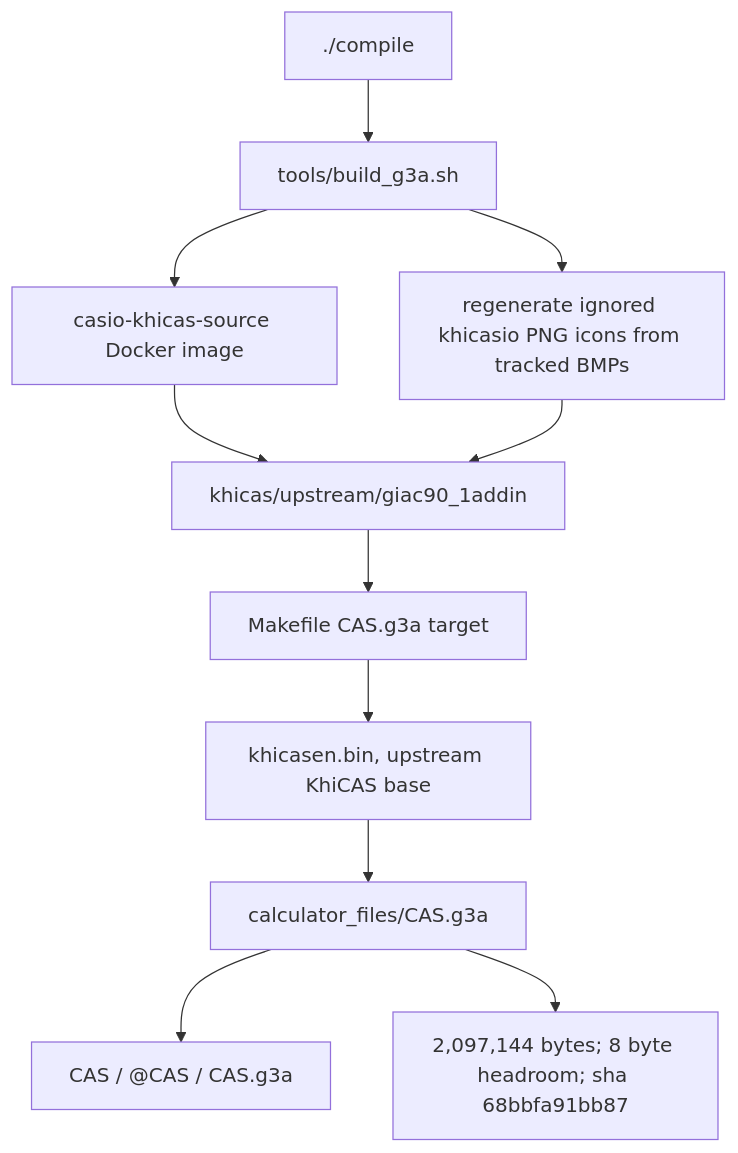
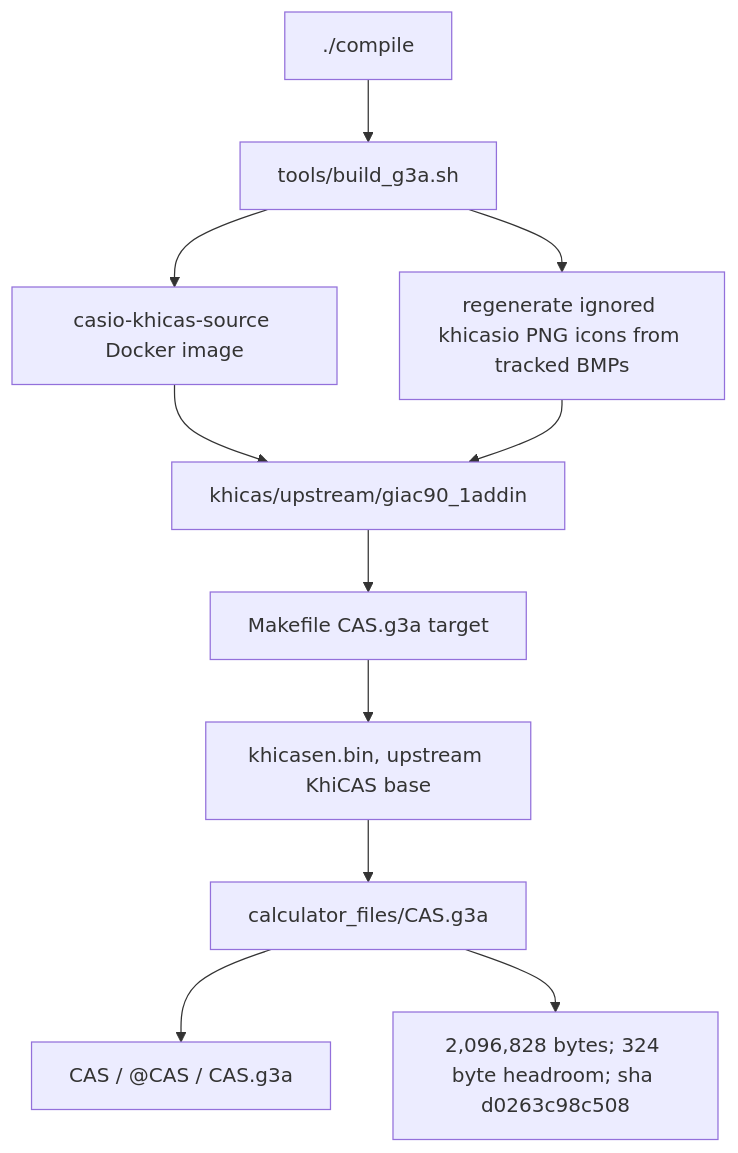
Before and after one commit to james8464/notes-addin-casio-fx-cg50: the first of 6 diagrams in docs/GRAPH.md, drawn with Mermaid. The commit also changed other lines of this file and 3 other files, not shown here.

````diff
--- a/docs/GRAPH.md
+++ b/docs/GRAPH.md
@@ -7,13 +7,13 @@
 ```mermaid
 graph TD
   Compile["./compile"] --> Build["tools/build_g3a.sh"]
   Build --> Docker["casio-khicas-source Docker image"]
   Docker --> Src["khicas/upstream/giac90_1addin"]
   Build --> Icons["regenerate ignored khicasio PNG icons from tracked BMPs"]
   Icons --> Src
   Src --> Make["Makefile CAS.g3a target"]
   Make --> Bin["khicasen.bin, upstream KhiCAS base"]
   Bin --> G3A["calculator_files/CAS.g3a"]
   G3A --> Meta["CAS / @CAS / CAS.g3a"]
-  G3A --> Size["2,097,144 bytes; 8 byte headroom; sha 68bbfa91bb87"]
+  G3A --> Size["2,096,828 bytes; 324 byte headroom; sha d0263c98c508"]
 ```
````
